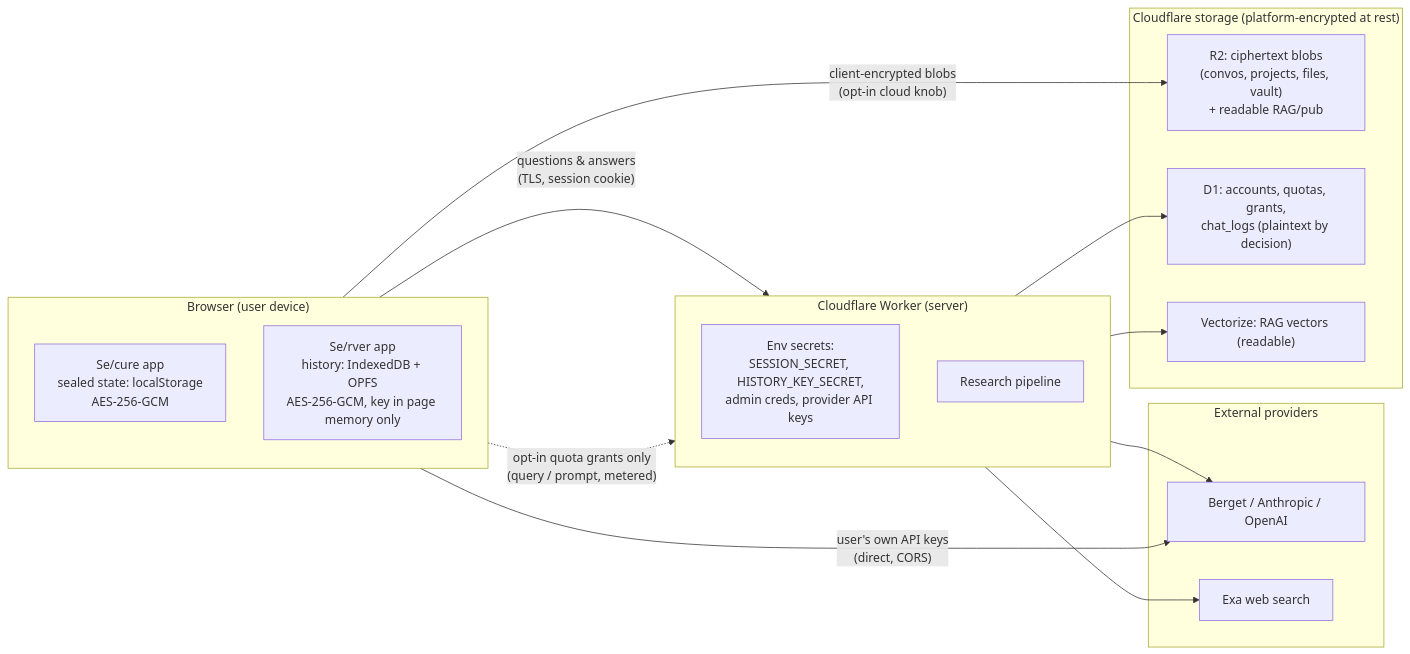
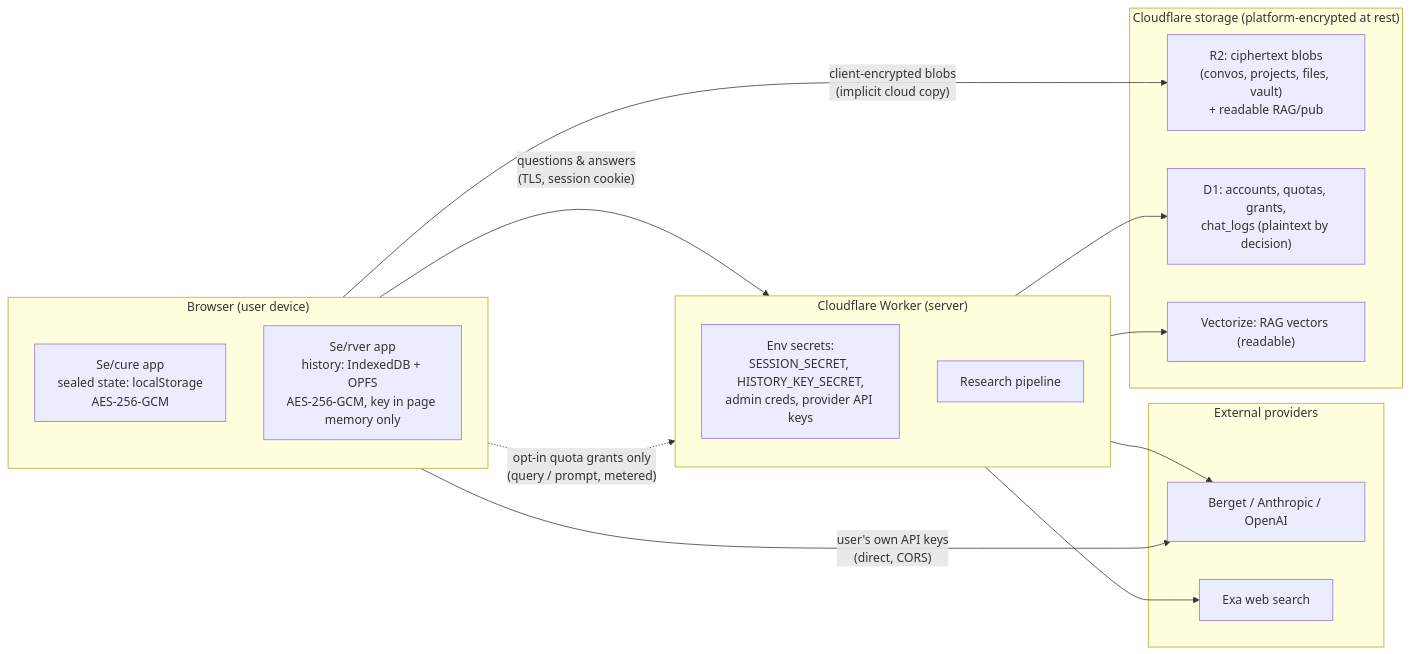
The first of 3 diagrams in docs/ENCRYPTION.md (kristerhedfors/Deepresearch.se), drawn with Mermaid before and after one commit. The commit also changed other lines of this file and 49 other files, not shown here.

````diff
--- a/docs/ENCRYPTION.md
+++ b/docs/ENCRYPTION.md
@@ -77,34 +78,34 @@
 ```mermaid
 flowchart LR
     subgraph B["Browser (user device)"]
         direction TB
         CURE["Se/cure app<br/>sealed state: localStorage<br/>AES-256-GCM"]
         RVER["Se/rver app<br/>history: IndexedDB + OPFS<br/>AES-256-GCM, key in page memory only"]
     end
 
     subgraph CF["Cloudflare Worker (server)"]
         direction TB
         SEC["Env secrets:<br/>SESSION_SECRET, HISTORY_KEY_SECRET,<br/>admin creds, provider API keys"]
         PIPE["Research pipeline"]
     end
 
     subgraph ST["Cloudflare storage (platform-encrypted at rest)"]
         R2["R2: ciphertext blobs<br/>(convos, projects, files, vault)<br/>+ readable RAG/pub"]
         D1["D1: accounts, quotas, grants,<br/>chat_logs (plaintext by decision)"]
         VZ["Vectorize: RAG vectors (readable)"]
     end
 
     subgraph EXT["External providers"]
         LLM["Berget / Anthropic / OpenAI"]
         EXA["Exa web search"]
     end
 
     CURE -- "user's own API keys<br/>(direct, CORS)" --> LLM
     CURE -. "opt-in quota grants only<br/>(query / prompt, metered)" .-> CF
     RVER -- "questions & answers<br/>(TLS, session cookie)" --> PIPE
-    RVER -- "client-encrypted blobs<br/>(opt-in cloud knob)" --> R2
+    RVER -- "client-encrypted blobs<br/>(implicit cloud copy)" --> R2
     PIPE --> LLM
     PIPE --> EXA
     CF --> D1
     CF --> VZ
 ```
````
